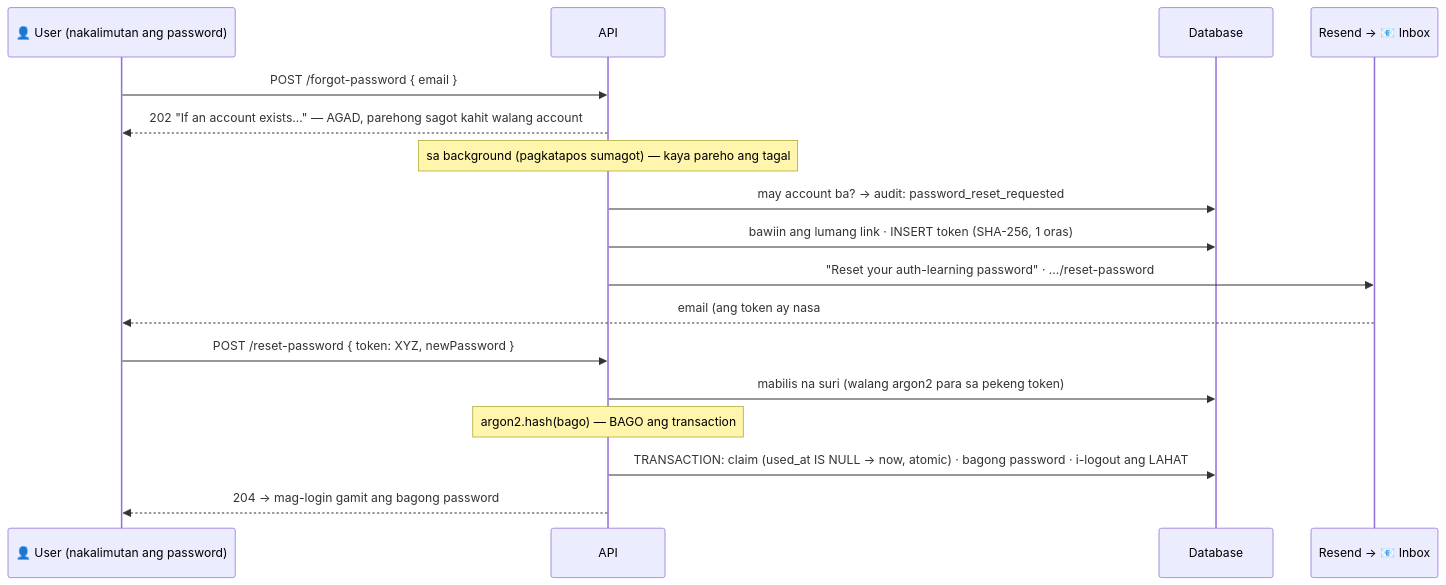
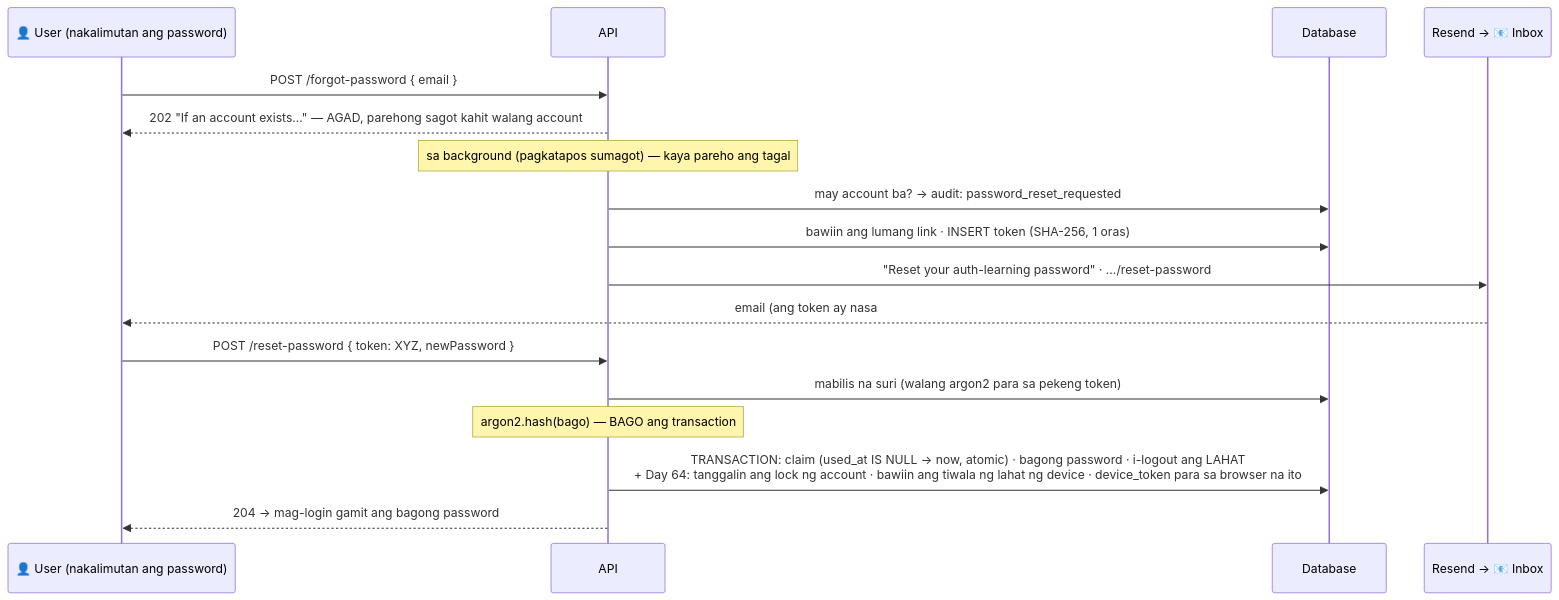
One commit to nelson1869-ai/auth-learning changed the diagram in docs/diagrams/18-password-reset.md. Above: the diagram before and after it, drawn with Mermaid. The commit also changed 17 other files, not shown here.

First line of the commit message:
docs: Day 64 device cookies .http, diagrams, journal; stale counts

````diff
--- a/docs/diagrams/18-password-reset.md
+++ b/docs/diagrams/18-password-reset.md
@@ -11,19 +11,19 @@
 ```mermaid
 sequenceDiagram
     participant U as 👤 User (nakalimutan ang password)
     participant A as API
     participant D as Database
     participant R as Resend → 📧 Inbox
     U->>A: POST /forgot-password { email }
     A-->>U: 202 "If an account exists…" — AGAD, parehong sagot kahit walang account
     Note over A: sa background (pagkatapos sumagot) — kaya pareho ang tagal
     A->>D: may account ba? → audit: password_reset_requested
     A->>D: bawiin ang lumang link · INSERT token (SHA-256, 1 oras)
     A->>R: "Reset your auth-learning password" · …/reset-password#token=XYZ
     R-->>U: email (ang token ay nasa #fragment — hindi napupunta sa kahit anong server)
     U->>A: POST /reset-password { token: XYZ, newPassword }
     A->>D: mabilis na suri (walang argon2 para sa pekeng token)
     Note over A: argon2.hash(bago) — BAGO ang transaction
-    A->>D: TRANSACTION: claim (used_at IS NULL → now, atomic) · bagong password · i-logout ang LAHAT
+    A->>D: TRANSACTION: claim (used_at IS NULL → now, atomic) · bagong password · i-logout ang LAHAT<br/>+ Day 64: tanggalin ang lock ng account · bawiin ang tiwala ng lahat ng device · device_token para sa browser na ito
     A-->>U: 204 → mag-login gamit ang bagong password
 ```
````
